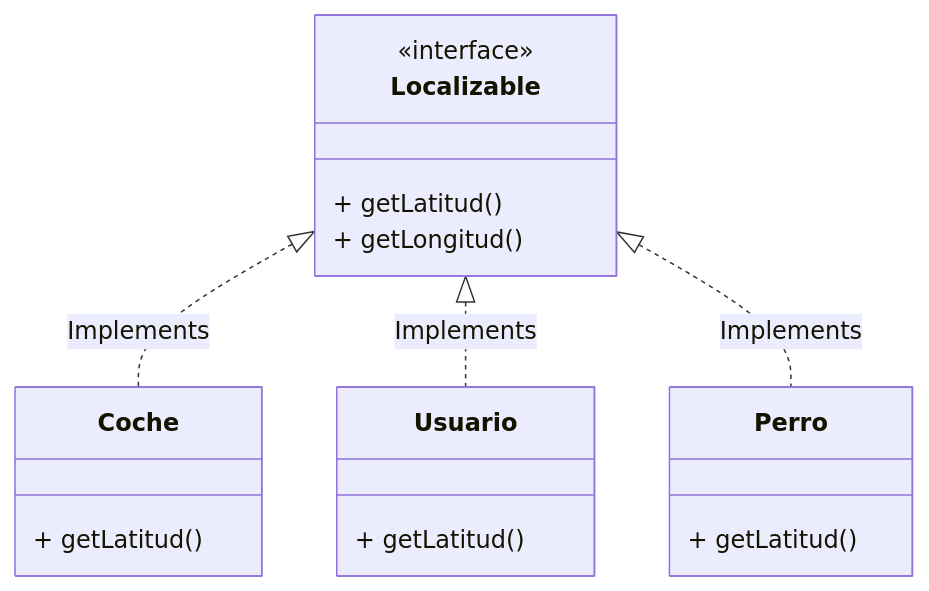
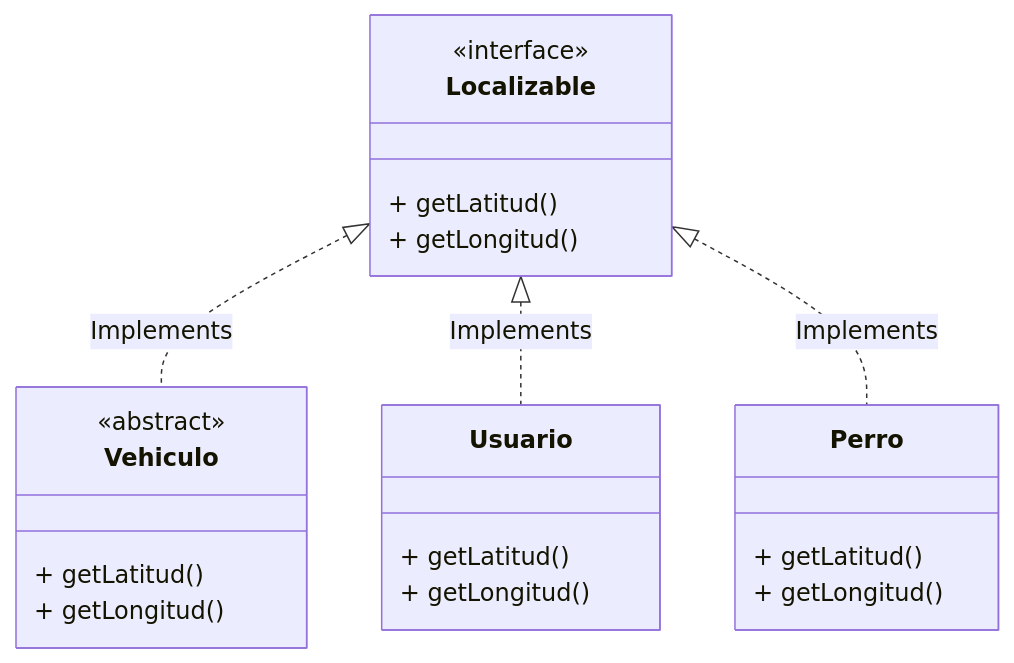
One commit to JMAbadLopez/programacion changed the fourth of 5 diagrams in docs/unidades/ud06.md. Above: the diagram before and after it, drawn with Mermaid. The commit also changed other lines of this file and 12 other files, not shown here.

````diff
--- a/docs/unidades/ud06.md
+++ b/docs/unidades/ud06.md
@@ -672,24 +759,28 @@
 ```mermaid
 classDiagram
     class Localizable {
         <<interface>>
         + getLatitud()
         + getLongitud()
     }
 
-    class Coche {
+    class Vehiculo {
+        <<abstract>>
         + getLatitud()
+        + getLongitud()
     }
 
     class Usuario {
         + getLatitud()
+        + getLongitud()
     }
     
     class Perro {
         + getLatitud()
+        + getLongitud()
     }
 
-    Localizable <|.. Coche : Implements
+    Localizable <|.. Vehiculo : Implements
     Localizable <|.. Usuario : Implements
     Localizable <|.. Perro : Implements
 ```
````
